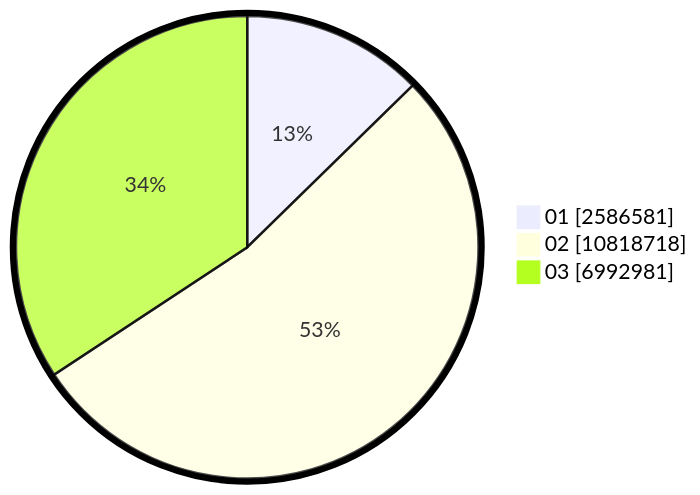
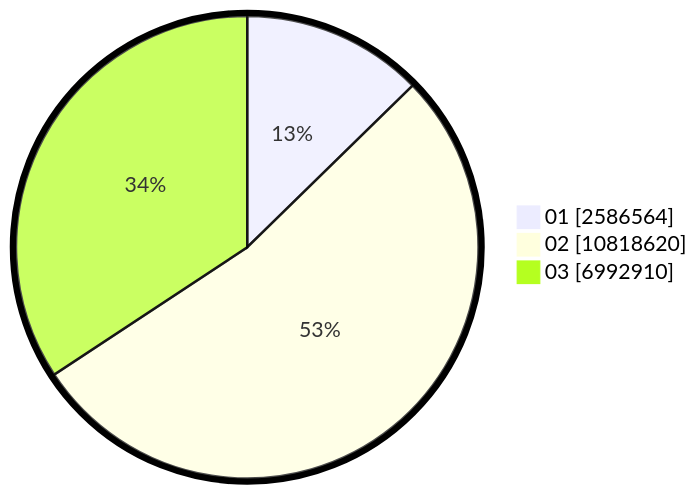
One commit to gigit-pemilu/pemilu-2024 changed the second of 2 diagrams in pilpres/hitung-suara/sub/table-wilayah-33.md. Above: the diagram before and after it, drawn with Mermaid. The commit also changed other lines of this file and 6 other files, not shown here.

````diff
--- a/pilpres/hitung-suara/sub/table-wilayah-33.md
+++ b/pilpres/hitung-suara/sub/table-wilayah-33.md
@@ -15,7 +15,7 @@
 ```mermaid
 %%{init: {"pie": {"textPosition": 0.5}, "themeVariables": {"pieOuterStrokeWidth": "5px"}} }%%
 pie showData
-    "01" : 2586581
-    "02" : 10818718
-    "03" : 6992981
+    "01" : 2586564
+    "02" : 10818620
+    "03" : 6992910
 ```
````
